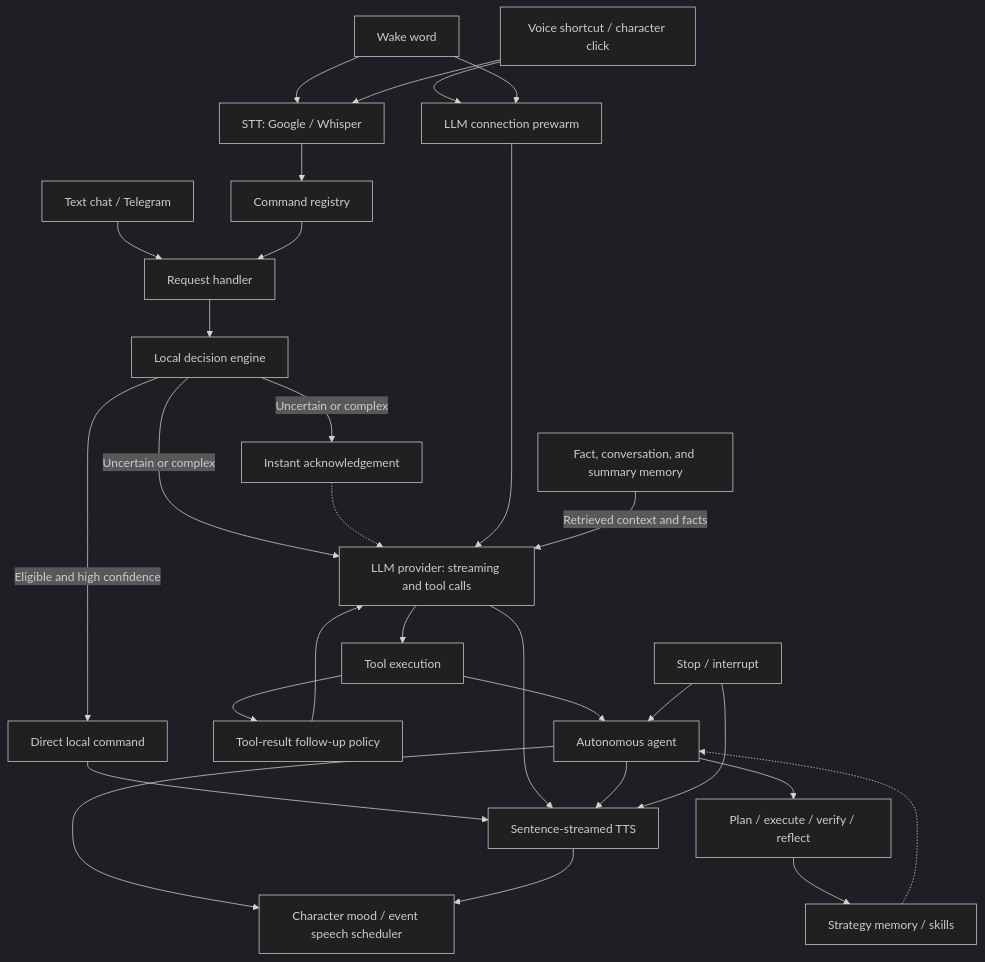
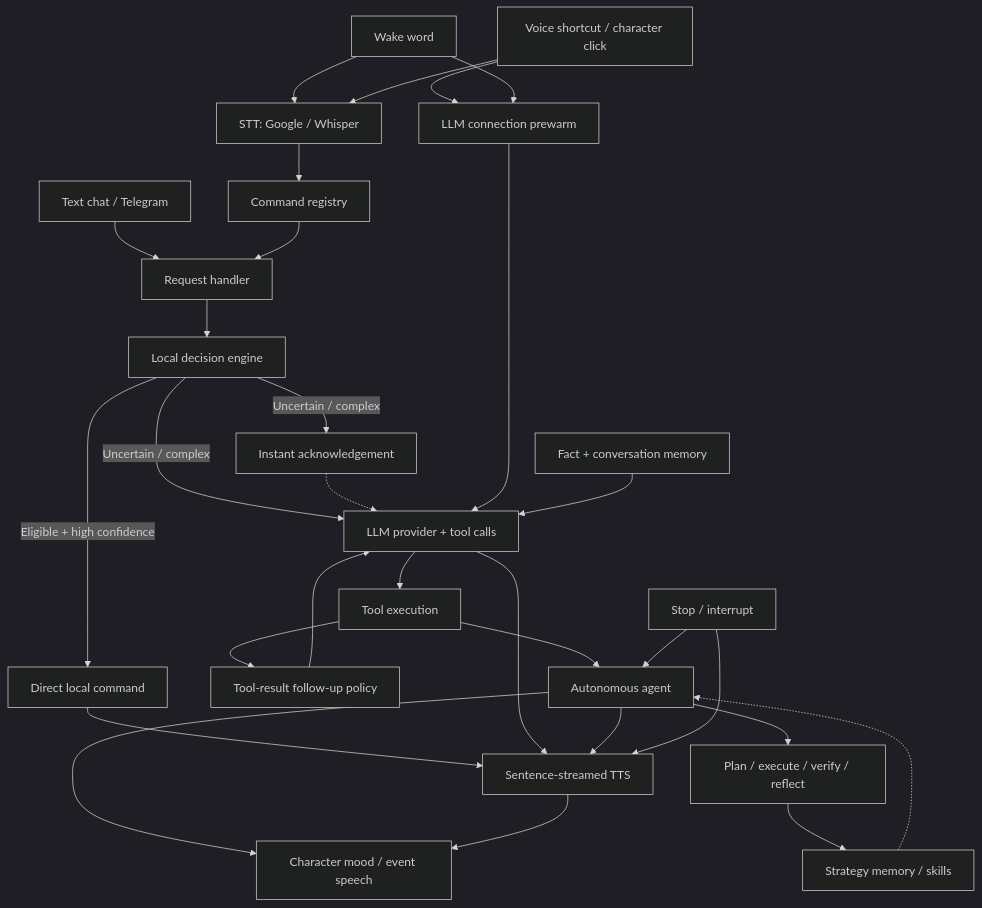
The diagram in README.md (DO0OG/Ari-VoiceCommand), drawn with Mermaid (dark theme) before and after one commit. The commit also changed other lines of this file and 3 other files, not shown here.

````diff
--- a/README.md
+++ b/README.md
@@ -72,31 +115,31 @@
 ```mermaid
 graph TD
     Wake["Wake word"] --> STT["STT: Google / Whisper"]
     Manual["Voice shortcut / character click"] --> STT
     Manual --> Warm
     Wake --> Warm["LLM connection prewarm"]
     STT --> Registry["Command registry"]
     Chat["Text chat / Telegram"] --> Handler["Request handler"]
     Registry --> Handler
     Handler --> Decision["Local decision engine"]
-    Decision -- "Eligible and high confidence" --> Fast["Direct local command"]
-    Decision -- "Uncertain or complex" --> Ack["Instant acknowledgement"]
-    Decision -- "Uncertain or complex" --> LLM["LLM provider: streaming and tool calls"]
+    Decision -- "Eligible + high confidence" --> Fast["Direct local command"]
+    Decision -- "Uncertain / complex" --> Ack["Instant acknowledgement"]
+    Decision -- "Uncertain / complex" --> LLM["LLM provider + tool calls"]
     Ack -.-> LLM
     Warm --> LLM
     LLM --> Tools["Tool execution"]
     Tools --> Policy["Tool-result follow-up policy"]
     Policy --> LLM
-    Memory["Fact, conversation, and summary memory"] -- "Retrieved context and facts" --> LLM
+    Memory["Fact + conversation memory"] --> LLM
     Tools --> Agent["Autonomous agent"]
     Agent --> Loop["Plan / execute / verify / reflect"]
     Loop --> Strategy["Strategy memory / skills"]
     Strategy -.-> Agent
     Fast --> TTS["Sentence-streamed TTS"]
     LLM --> TTS
     Agent --> TTS
-    Agent --> Character["Character mood / event speech scheduler"]
+    Agent --> Character["Character mood / event speech"]
     TTS --> Character
     Stop["Stop / interrupt"] --> TTS
     Stop --> Agent
 ```
````
